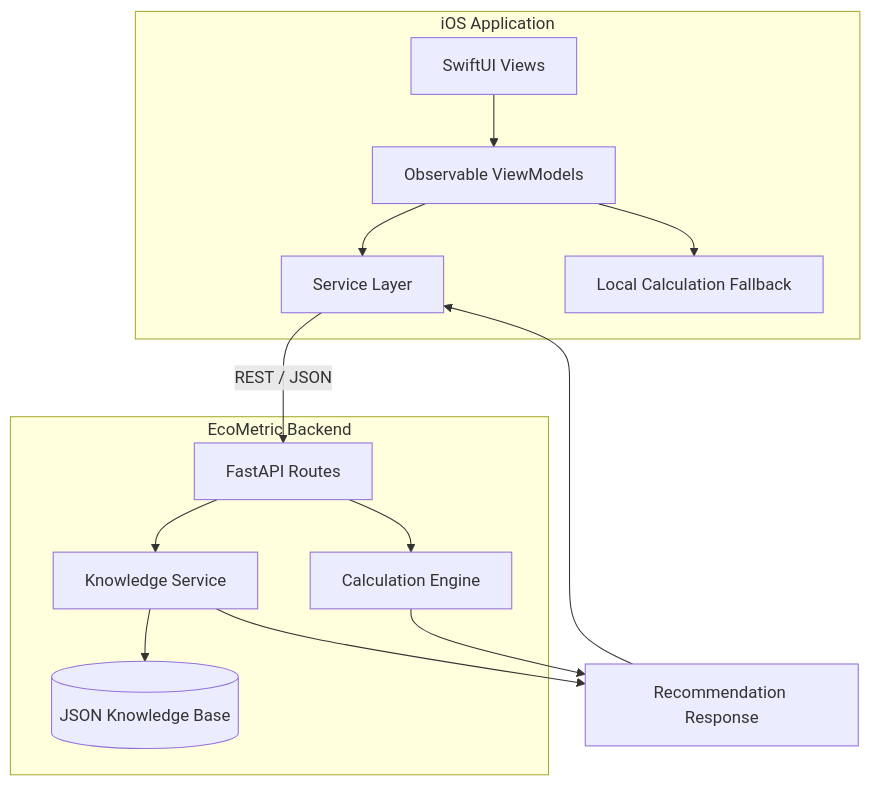
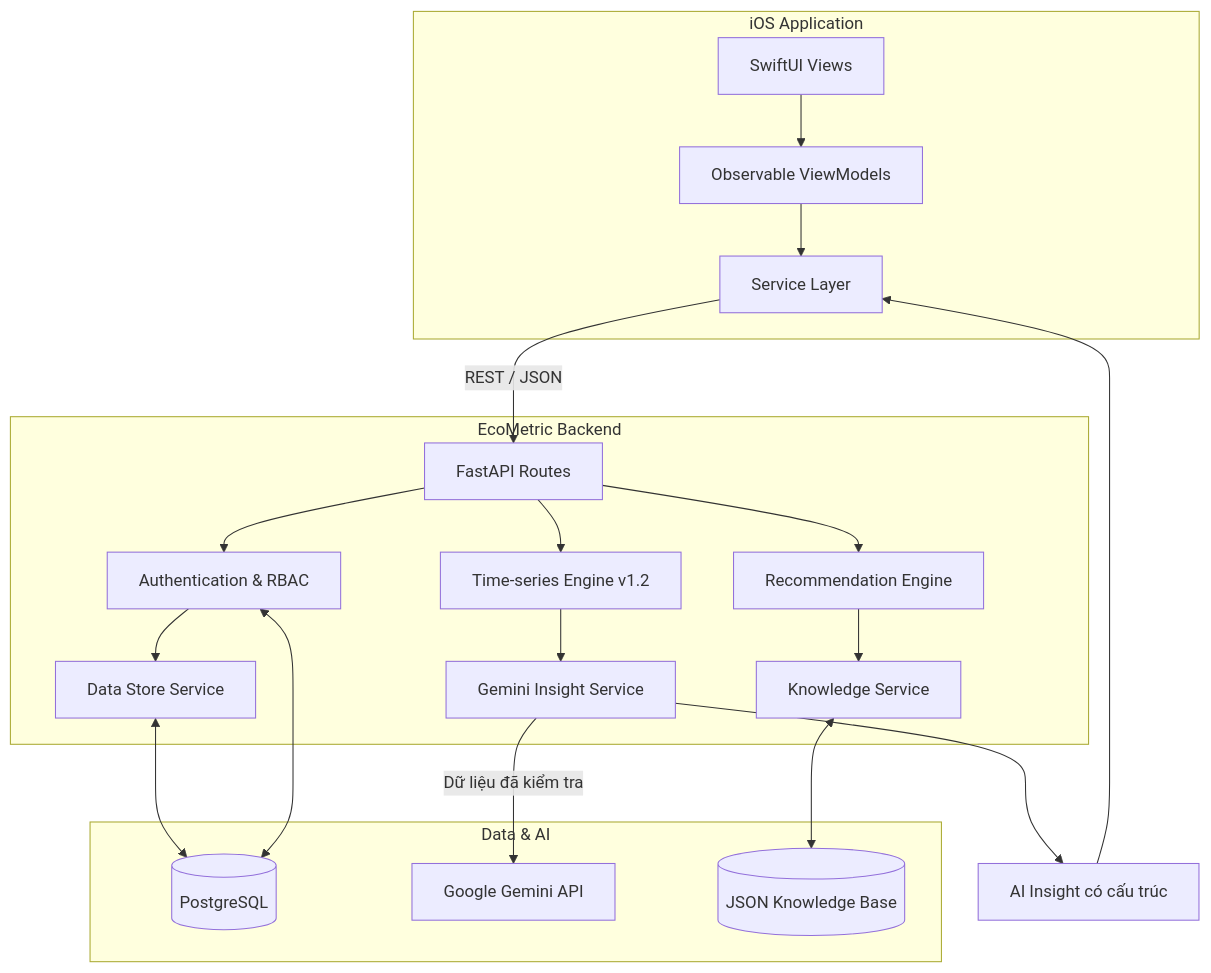
The third of 5 diagrams in README.md (NXThanh01/EcoMetric-iOS), drawn with Mermaid before and after one commit. The commit also changed other lines of this file and 70 other files, not shown here.

````diff
--- a/README.md
+++ b/README.md
@@ -88,27 +95,40 @@
 ```mermaid
 flowchart TB
     subgraph IOS[iOS Application]
         V[SwiftUI Views]
         VM[Observable ViewModels]
         S[Service Layer]
-        L[Local Calculation Fallback]
         V --> VM
         VM --> S
-        VM --> L
     end
 
     subgraph API[EcoMetric Backend]
         R[FastAPI Routes]
-        CE[Calculation Engine]
-        KS[Knowledge Service]
-        KB[(JSON Knowledge Base)]
-        R --> CE
-        R --> KS
-        KS --> KB
+        AUTH[Authentication & RBAC]
+        DS[Data Store Service]
+        TS[Time-series Engine v1.2]
+        GE[Gemini Insight Service]
+        RE[Recommendation Engine]
+        KB[Knowledge Service]
+        R --> AUTH
+        AUTH --> DS
+        R --> TS
+        TS --> GE
+        R --> RE
+        RE --> KB
+    end
+
+    subgraph DATA[Data & AI]
+        DB[(PostgreSQL)]
+        GM[Google Gemini API]
+        J[(JSON Knowledge Base)]
     end
 
     S -->|REST / JSON| R
-    CE --> RES[Recommendation Response]
-    KS --> RES
+    DS <--> DB
+    AUTH <--> DB
+    GE -->|Dữ liệu đã kiểm tra| GM
+    KB <--> J
+    GE --> RES[AI Insight có cấu trúc]
     RES --> S
 ```
````
